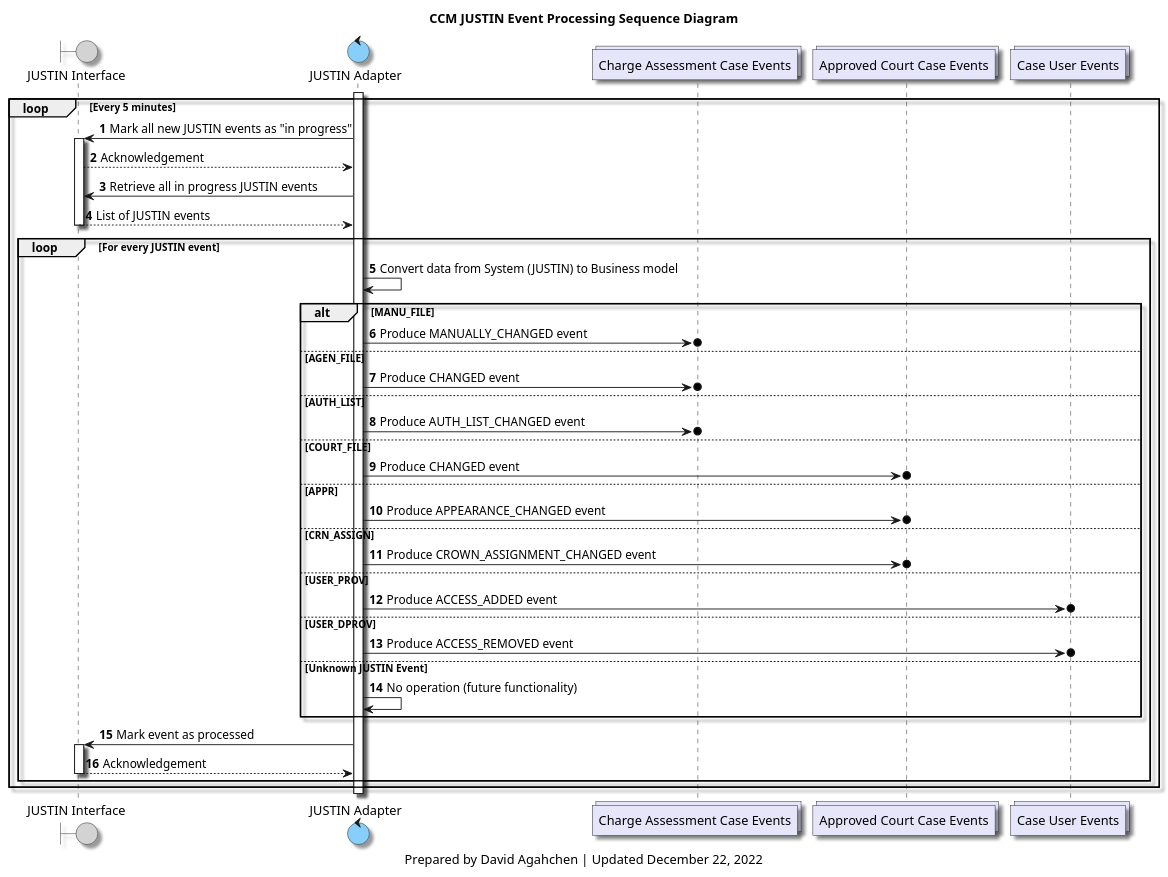
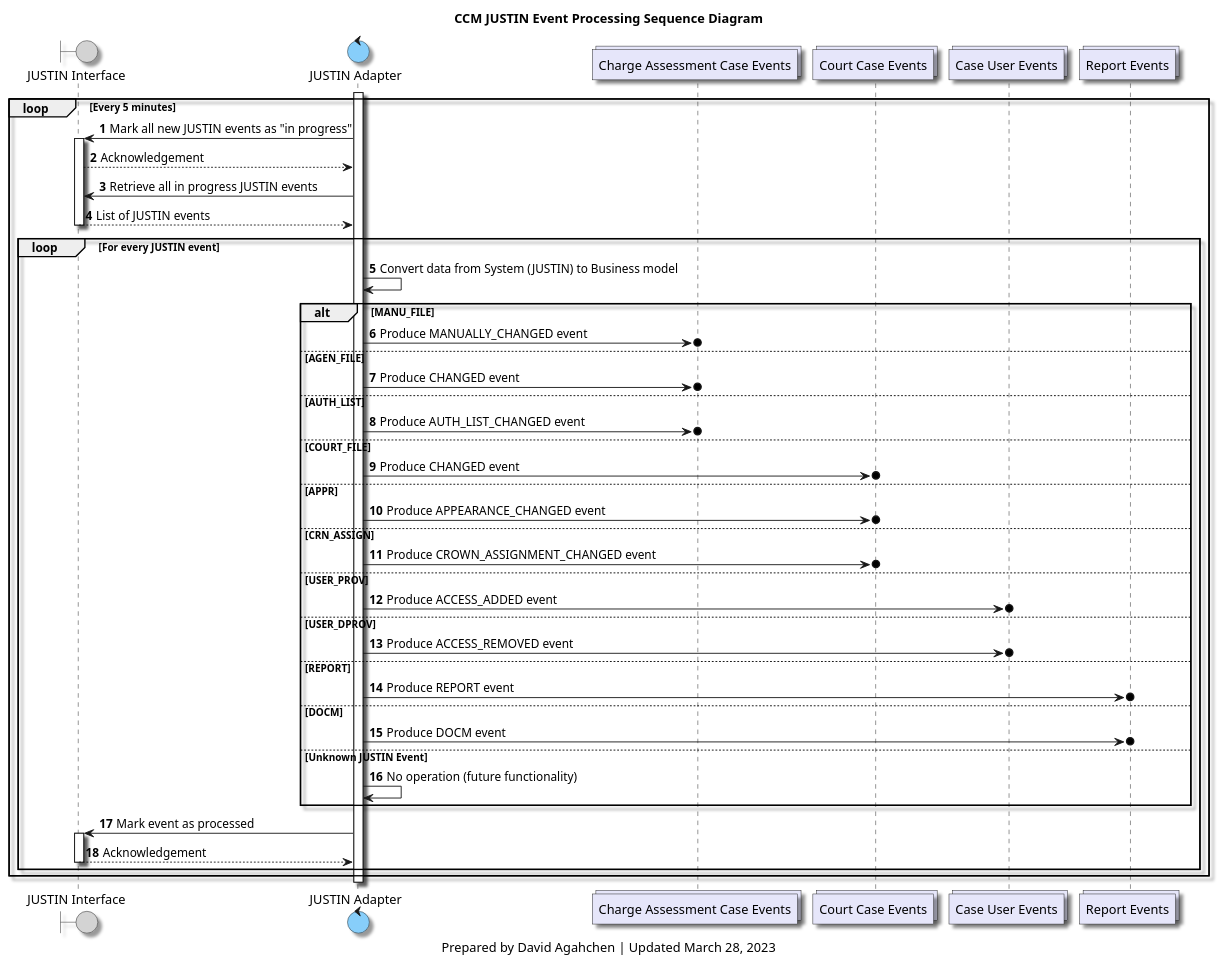
The diagram in diagrams/ccm_justin_event_processing_sequence_diagram.plantuml (bcgov/jpss-jade-ccm), drawn with PlantUML before and after one commit. The commit also changed 1 other file, not shown here.

Commit message:
update justin event processing diagram

```diff
--- a/diagrams/ccm_justin_event_processing_sequence_diagram.plantuml
+++ b/diagrams/ccm_justin_event_processing_sequence_diagram.plantuml
@@ -1,66 +1,71 @@
 @startuml
 'hide footbox
 
 skinparam Shadowing true
 skinparam CollectionsBackgroundColor Lavender
 skinparam ControlBackgroundColor LightSkyBlue
 skinparam BoundaryBackgroundColor LightGrey
 
 /' 
 Available colours
 https://plantuml-documentation.readthedocs.io/en/latest/formatting/color-names.html
 '/
 
 boundary j_interface as "JUSTIN Interface"
 control j_adapter as "JUSTIN Adapter"
 collections charge_assessment_cases_topic as "Charge Assessment Case Events"
-collections approved_court_cases_topic as "Approved Court Case Events"
+collections court_cases_topic as "Court Case Events"
 collections case_users_topic as "Case User Events"
+collections reports_topic as "Report Events"
 
 title
 CCM JUSTIN Event Processing Sequence Diagram
 end title
 
 autonumber
 
 activate j_adapter
 loop Every 5 minutes
     j_adapter-> j_interface: Mark all new JUSTIN events as "in progress"
     activate j_interface
     j_interface --> j_adapter: Acknowledgement
     j_adapter-> j_interface: Retrieve all in progress JUSTIN events
     j_interface --> j_adapter: List of JUSTIN events
     deactivate j_interface
     loop For every JUSTIN event
         j_adapter -> j_adapter: Convert data from System (JUSTIN) to Business model
         alt MANU_FILE
             j_adapter ->o charge_assessment_cases_topic: Produce MANUALLY_CHANGED event
         else AGEN_FILE
             j_adapter ->o charge_assessment_cases_topic: Produce CHANGED event
         else AUTH_LIST
             j_adapter ->o charge_assessment_cases_topic: Produce AUTH_LIST_CHANGED event
         else COURT_FILE
-            j_adapter ->o approved_court_cases_topic: Produce CHANGED event
+            j_adapter ->o court_cases_topic: Produce CHANGED event
         else APPR
-            j_adapter ->o approved_court_cases_topic: Produce APPEARANCE_CHANGED event
+            j_adapter ->o court_cases_topic: Produce APPEARANCE_CHANGED event
         else CRN_ASSIGN
-            j_adapter ->o approved_court_cases_topic: Produce CROWN_ASSIGNMENT_CHANGED event
+            j_adapter ->o court_cases_topic: Produce CROWN_ASSIGNMENT_CHANGED event
         else USER_PROV
             j_adapter ->o case_users_topic: Produce ACCESS_ADDED event
         else USER_DPROV
             j_adapter ->o case_users_topic: Produce ACCESS_REMOVED event
+        else REPORT
+            j_adapter ->o reports_topic: Produce REPORT event
+        else DOCM
+            j_adapter ->o reports_topic: Produce DOCM event
         else Unknown JUSTIN Event
             j_adapter -> j_adapter: No operation (future functionality)
         end
         j_adapter -> j_interface: Mark event as processed
         activate j_interface
         j_interface --> j_adapter: Acknowledgement
         deactivate j_interface
     end
 end
 deactivate j_adapter
 
 caption
-Prepared by David Agahchen | Updated December 22, 2022
+Prepared by David Agahchen | Updated March 28, 2023
 end caption
 @enduml
```
